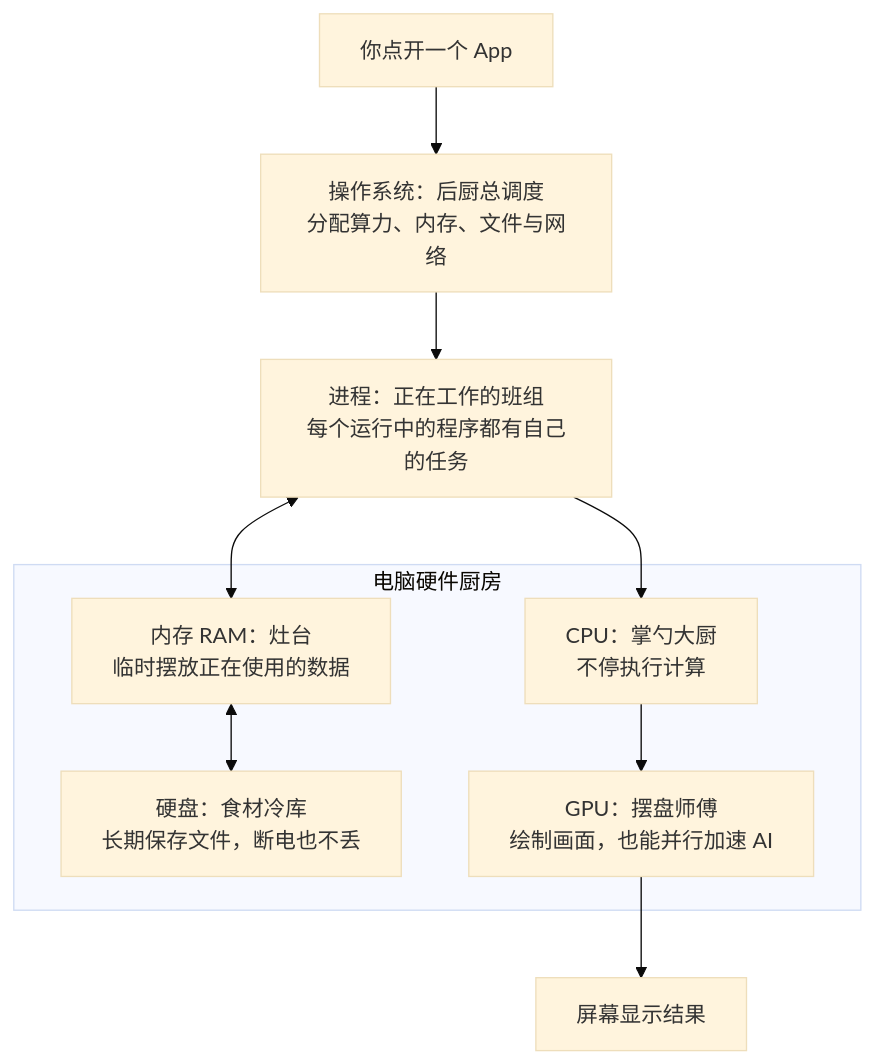
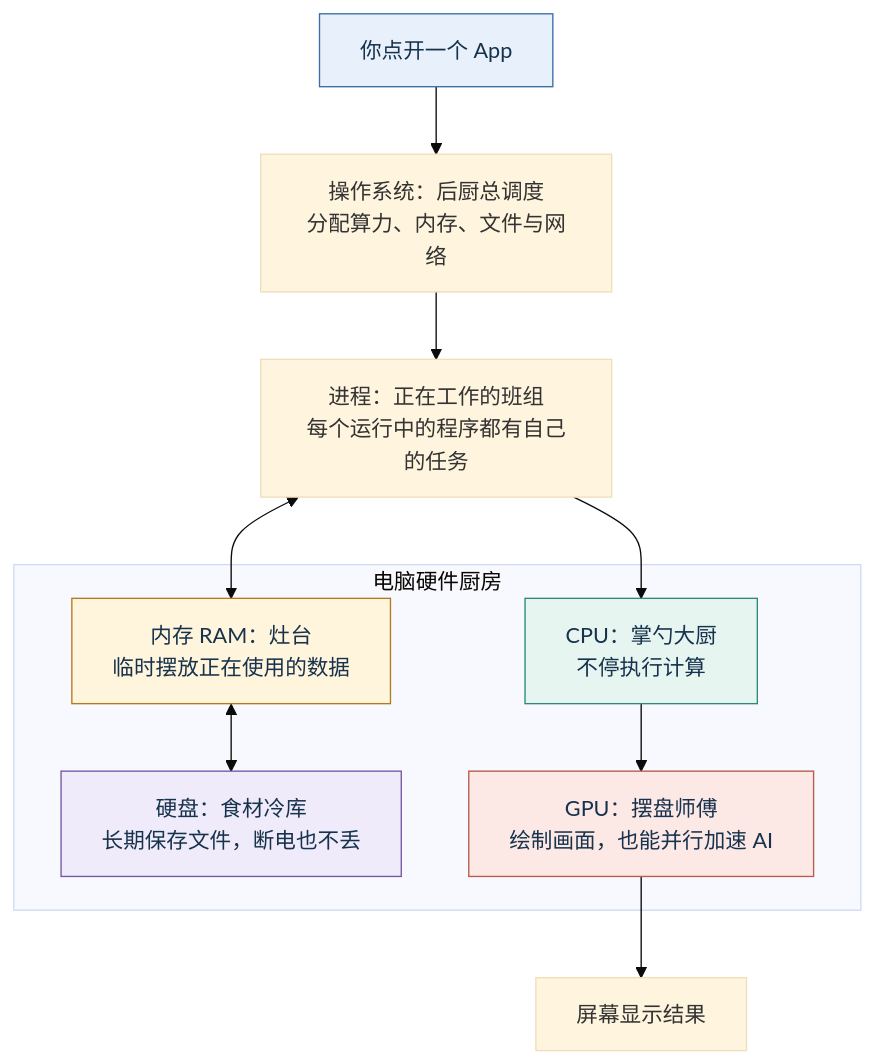
Before and after one commit to buffer121328/vibe-coding-and-agents: the diagram in 02_概念扫盲/img/diagrams/01-basics-computer.mmd, drawn with Mermaid (base theme). The commit also changed 168 other files, not shown here.

```diff
--- a/02_概念扫盲/img/diagrams/01-basics-computer.mmd
+++ b/02_概念扫盲/img/diagrams/01-basics-computer.mmd
@@ -1,17 +1,24 @@
 flowchart TB
     App["你点开一个 App"] --> OS["操作系统：后厨总调度\n分配算力、内存、文件与网络"]
 
     OS --> Process["进程：正在工作的班组\n每个运行中的程序都有自己的任务"]
 
     subgraph Hardware ["电脑硬件厨房"]
         CPU["CPU：掌勺大厨\n不停执行计算"]
         RAM["内存 RAM：灶台\n临时摆放正在使用的数据"]
         Disk["硬盘：食材冷库\n长期保存文件，断电也不丢"]
         GPU["GPU：摆盘师傅\n绘制画面，也能并行加速 AI"]
     end
 
     Process --> CPU
     Process <--> RAM
     RAM <--> Disk
     CPU --> GPU
     GPU --> Screen["屏幕显示结果"]
+
+%% Academic palette: restrained blue, teal, gold, violet, and coral accents.
+style App fill:#E8F1FB,stroke:#3A6EA5,color:#17324D
+style CPU fill:#E7F5F1,stroke:#2B8A78,color:#17324D
+style RAM fill:#FFF4DC,stroke:#B47A1F,color:#17324D
+style Disk fill:#F0EBFA,stroke:#7357A6,color:#17324D
+style GPU fill:#FCE9E6,stroke:#B65C4A,color:#17324D
```
